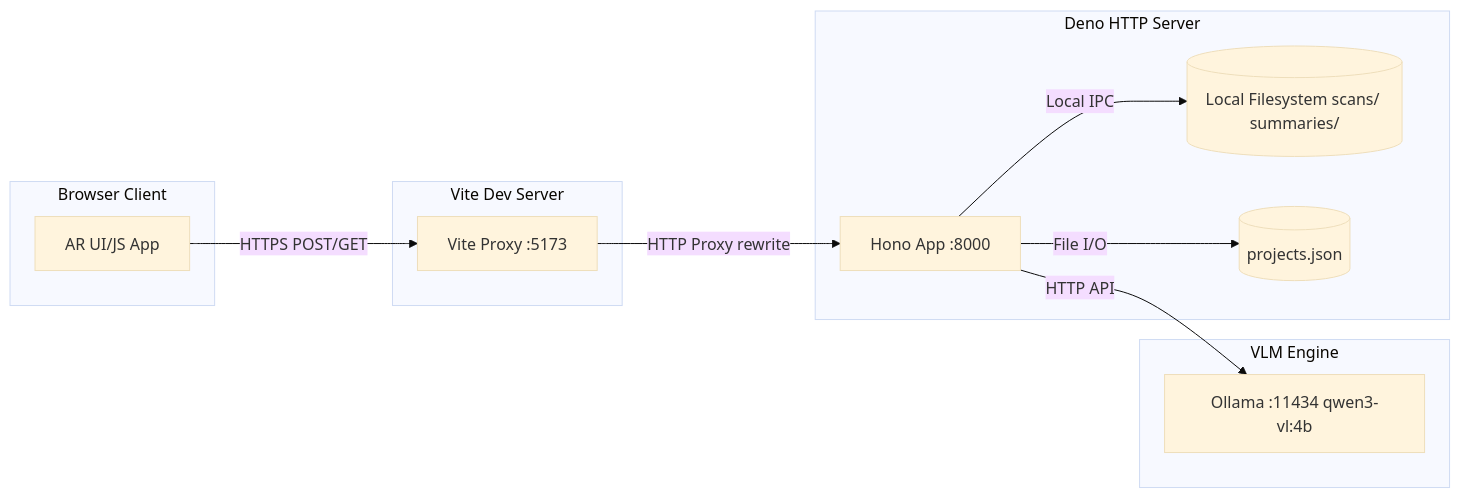
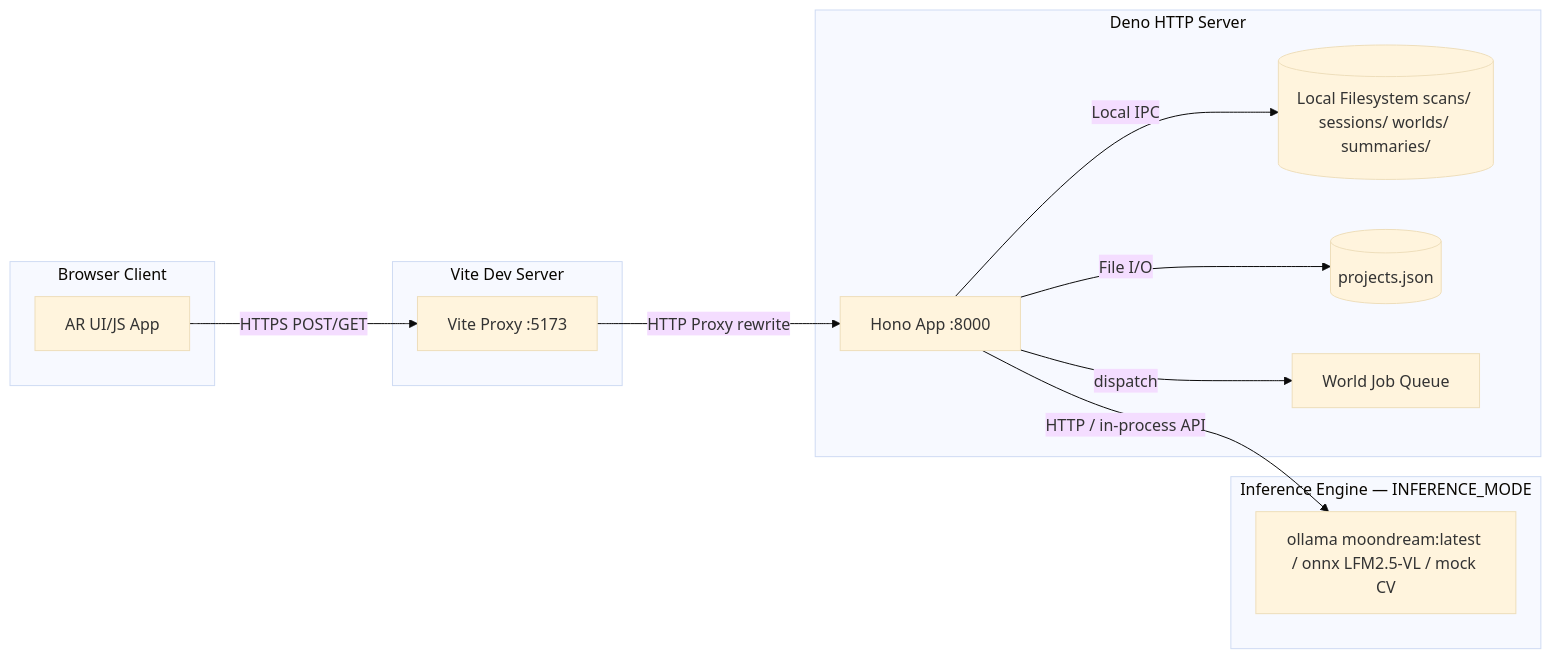
Before and after one commit to companionintelligence/CI-Spatial: the fourth of 5 diagrams in architecture.md, drawn with Mermaid (base theme). The commit also changed other lines of this file and 9 other files, not shown here.

First line of the commit message:
docs: fix architecture mermaid, add UX_FLOW/FTUE spec, reconcile & consolidate docs

````diff
--- a/architecture.md
+++ b/architecture.md
@@ -246,26 +266,28 @@
 ```mermaid
 graph LR
-    subgraph Browser Client
+    subgraph client ["Browser Client"]
         UI[AR UI/JS App]
     end
 
-    subgraph Vite Dev Server
+    subgraph vite ["Vite Dev Server"]
         Vite[Vite Proxy :5173]
     end
 
-    subgraph Deno HTTP Server
+    subgraph deno ["Deno HTTP Server"]
         Deno[Hono App :8000]
-        Storage[(Local Filesystem scans/ summaries/)]
+        Storage[(Local Filesystem scans/ sessions/ worlds/ summaries/)]
         DB[(projects.json)]
+        JobQ[World Job Queue]
     end
 
-    subgraph VLM Engine
-        Ollama[Ollama :11434 qwen3-vl:4b]
+    subgraph engine ["Inference Engine — INFERENCE_MODE"]
+        Infer[ollama moondream:latest / onnx LFM2.5-VL / mock CV]
     end
 
     UI -- HTTPS POST/GET --> Vite
     Vite -- HTTP Proxy rewrite --> Deno
     Deno -- Local IPC --> Storage
     Deno -- File I/O --> DB
-    Deno -- HTTP API --> Ollama
+    Deno -- dispatch --> JobQ
+    Deno -- HTTP / in-process API --> Infer
 ```
````
